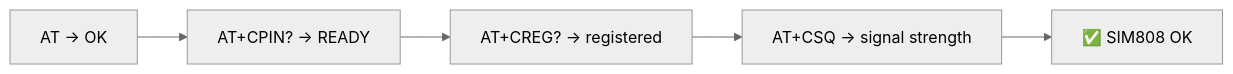
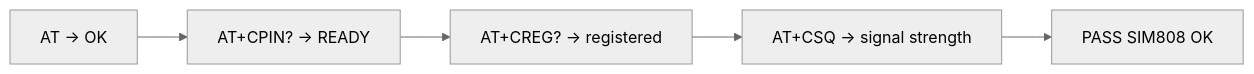
The fourth of 8 diagrams in docs/TESTING.md (qppd/smart-vehicle-impact-detection-device), drawn with Mermaid (neutral theme) before and after one commit. The commit also changed other lines of this file and 10 other files, not shown here.

````diff
--- a/docs/TESTING.md
+++ b/docs/TESTING.md
@@ -95,7 +95,7 @@
 ```mermaid
 flowchart LR
     AT["AT → OK"] --> CPIN["AT+CPIN? → READY"]
     CPIN --> CREG["AT+CREG? → registered"]
     CREG --> CSQ["AT+CSQ → signal strength"]
-    CSQ --> SIM808_OK["✅ SIM808 OK"]
+    CSQ --> SIM808_OK["PASS SIM808 OK"]
 ```
````
